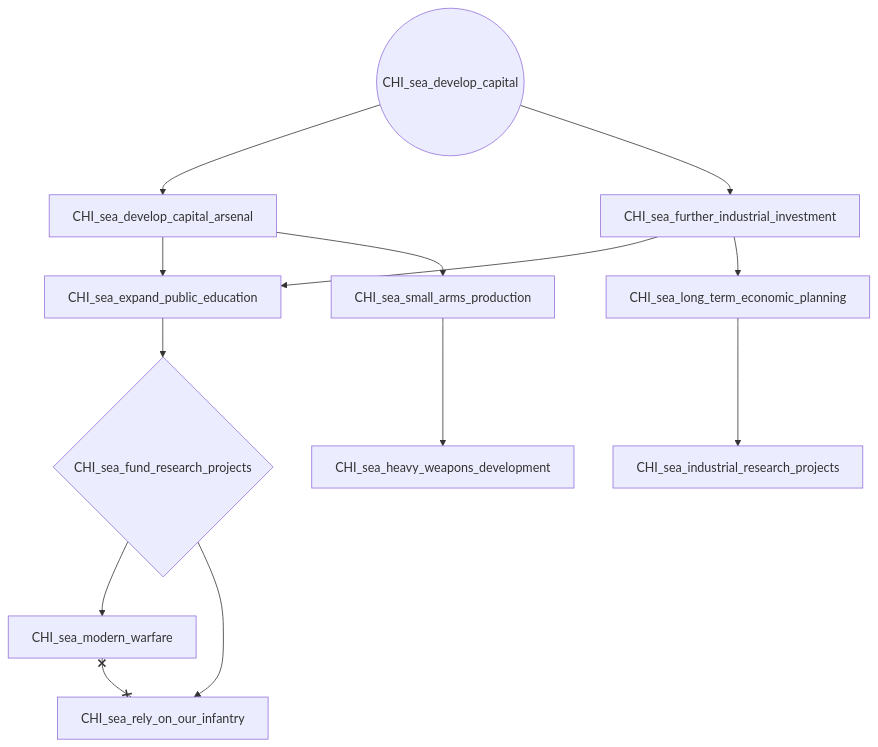
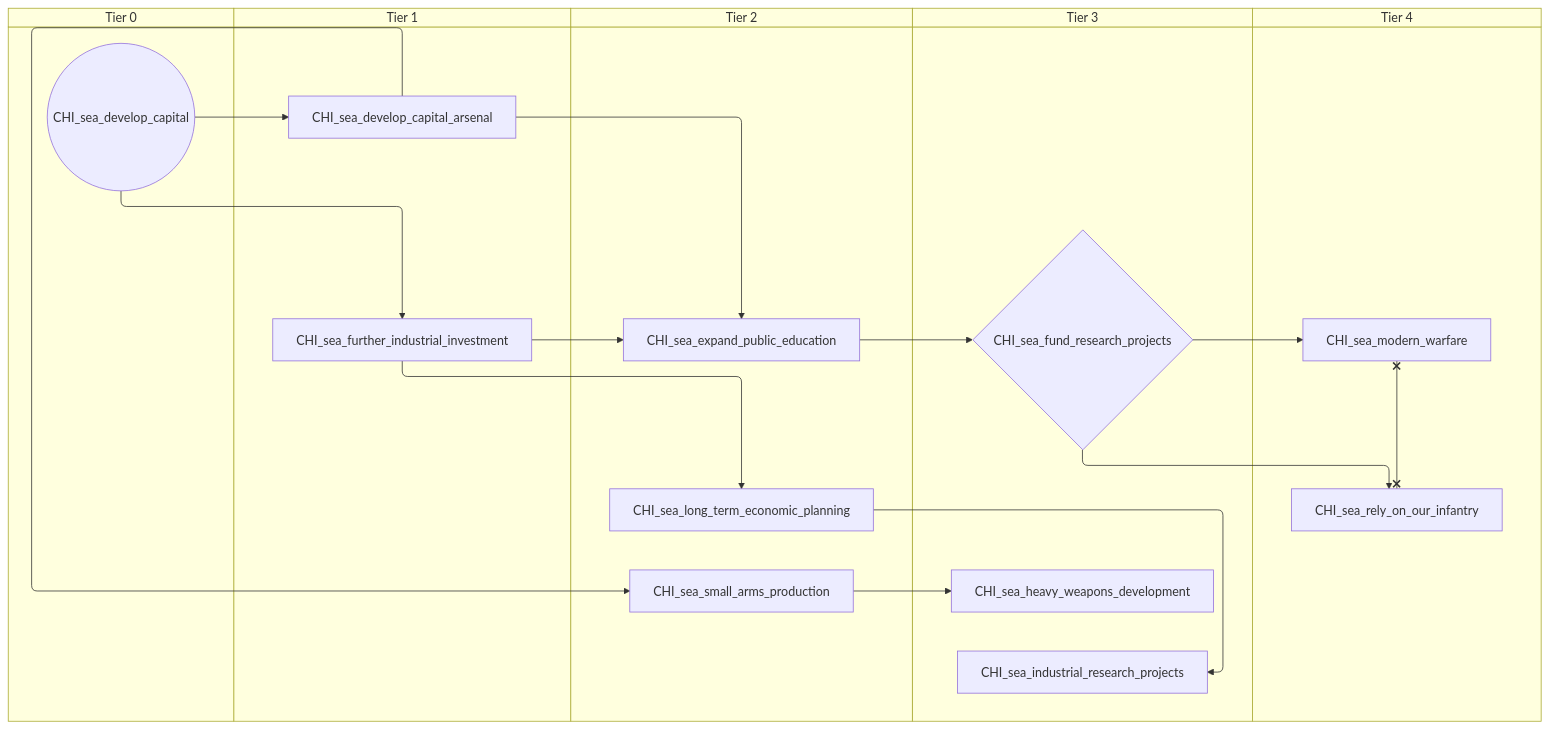
Before and after one commit to evgeny-sobol/hoi4-sandbox-mode-r56: the first of 6 diagrams in docs/gdd/National Focuses/china_warlord_sea.md, drawn with Mermaid. The commit also changed other lines of this file and 423 other files, not shown here.

First line of the commit message:
Re-export Rt56 focus trees as swimlane diagrams

````diff
--- a/docs/gdd/National Focuses/china_warlord_sea.md
+++ b/docs/gdd/National Focuses/china_warlord_sea.md
@@ -3,26 +3,36 @@
 ```mermaid
-flowchart TD
-    n1(("CHI_sea_develop_capital"))
-    n2["CHI_sea_develop_capital_arsenal"]
-    n3["CHI_sea_expand_public_education"]
-    n4{"CHI_sea_fund_research_projects"}
-    n5["CHI_sea_further_industrial_investment"]
-    n6["CHI_sea_heavy_weapons_development"]
-    n7["CHI_sea_industrial_research_projects"]
-    n8["CHI_sea_long_term_economic_planning"]
-    n9["CHI_sea_modern_warfare"]
-    n10["CHI_sea_rely_on_our_infantry"]
-    n11["CHI_sea_small_arms_production"]
+swimlane-beta TD
+    subgraph tier_0["Tier 0"]
+        n1(("CHI_sea_develop_capital"))
+    end
+    subgraph tier_1["Tier 1"]
+        n2["CHI_sea_develop_capital_arsenal"]
+        n3["CHI_sea_further_industrial_investment"]
+    end
+    subgraph tier_2["Tier 2"]
+        n4["CHI_sea_expand_public_education"]
+        n5["CHI_sea_long_term_economic_planning"]
+        n6["CHI_sea_small_arms_production"]
+    end
+    subgraph tier_3["Tier 3"]
+        n7{"CHI_sea_fund_research_projects"}
+        n8["CHI_sea_heavy_weapons_development"]
+        n9["CHI_sea_industrial_research_projects"]
+    end
+    subgraph tier_4["Tier 4"]
+        n10["CHI_sea_modern_warfare"]
+        n11["CHI_sea_rely_on_our_infantry"]
+    end
     n1 --> n2
-    n5 --> n3
-    n2 --> n3
     n3 --> n4
-    n1 --> n5
-    n11 --> n6
-    n8 --> n7
-    n5 --> n8
-    n4 --> n9
-    n4 --> n10
-    n2 --> n11
-    n9 x--x n10
+    n2 --> n4
+    n4 --> n7
+    n1 --> n3
+    n6 --> n8
+    n5 --> n9
+    n3 --> n5
+    n7 --> n10
+    n7 --> n11
+    n2 --> n6
+    n10 x--x n11
 ```
````
